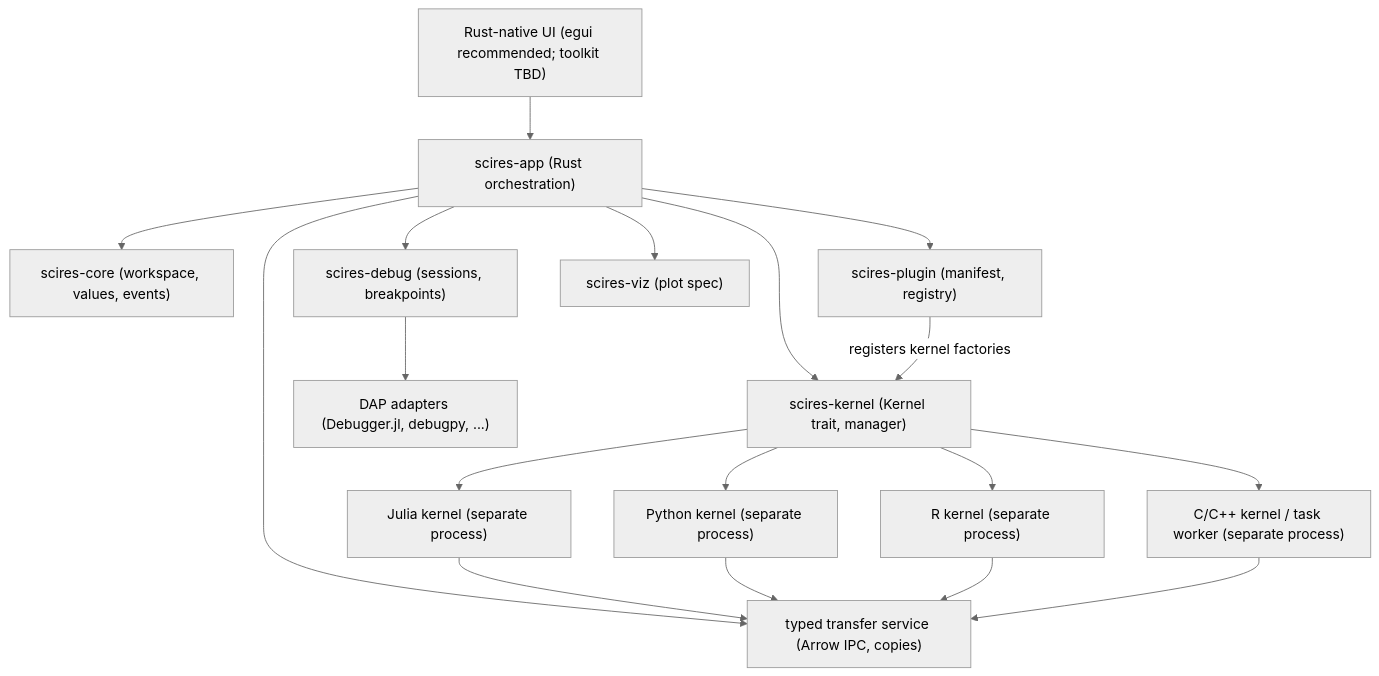
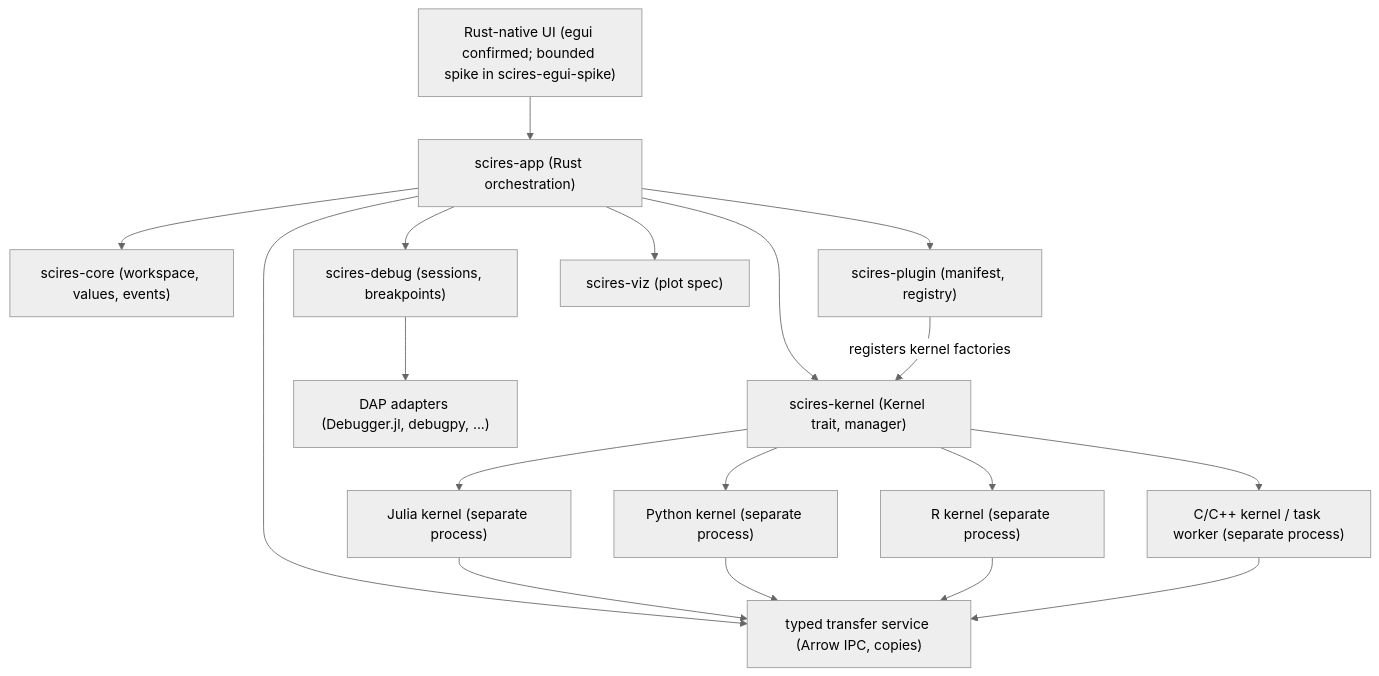
The first of 2 diagrams in docs/ARCHITECTURE.md (Augusto-Dantas/Scires), drawn with Mermaid (neutral theme) before and after one commit. The commit also changed other lines of this file and 22 other files, not shown here.

First line of the commit message:
feat(ui,julia-kernel): add Julia Arrow data-plane and bounded egui workbench spike

````diff
--- a/docs/ARCHITECTURE.md
+++ b/docs/ARCHITECTURE.md
@@ -26,20 +27,20 @@
 ```mermaid
 flowchart TD
-    UI["Rust-native UI (egui recommended; toolkit TBD)"] --> APP["scires-app (Rust orchestration)"]
+    UI["Rust-native UI (egui confirmed; bounded spike in scires-egui-spike)"] --> APP["scires-app (Rust orchestration)"]
     APP --> CORE["scires-core (workspace, values, events)"]
     APP --> KER["scires-kernel (Kernel trait, manager)"]
     APP --> DBG["scires-debug (sessions, breakpoints)"]
     APP --> PLG["scires-plugin (manifest, registry)"]
     APP --> VIZ["scires-viz (plot spec)"]
     PLG -->|"registers kernel factories"| KER
     APP --> XFER["typed transfer service (Arrow IPC, copies)"]
     KER --> JL["Julia kernel (separate process)"]
     KER --> PY["Python kernel (separate process)"]
     KER --> R["R kernel (separate process)"]
     KER --> CC["C/C++ kernel / task worker (separate process)"]
     JL --> XFER
     PY --> XFER
     R --> XFER
     CC --> XFER
     DBG --> DAP["DAP adapters (Debugger.jl, debugpy, ...)"]
 ```
````
